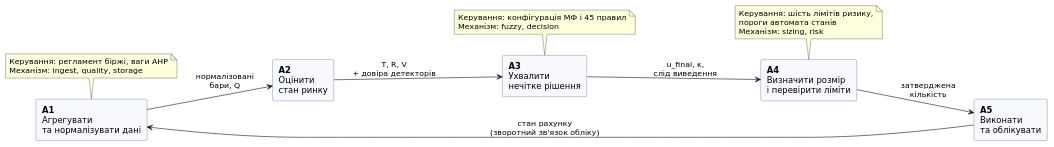
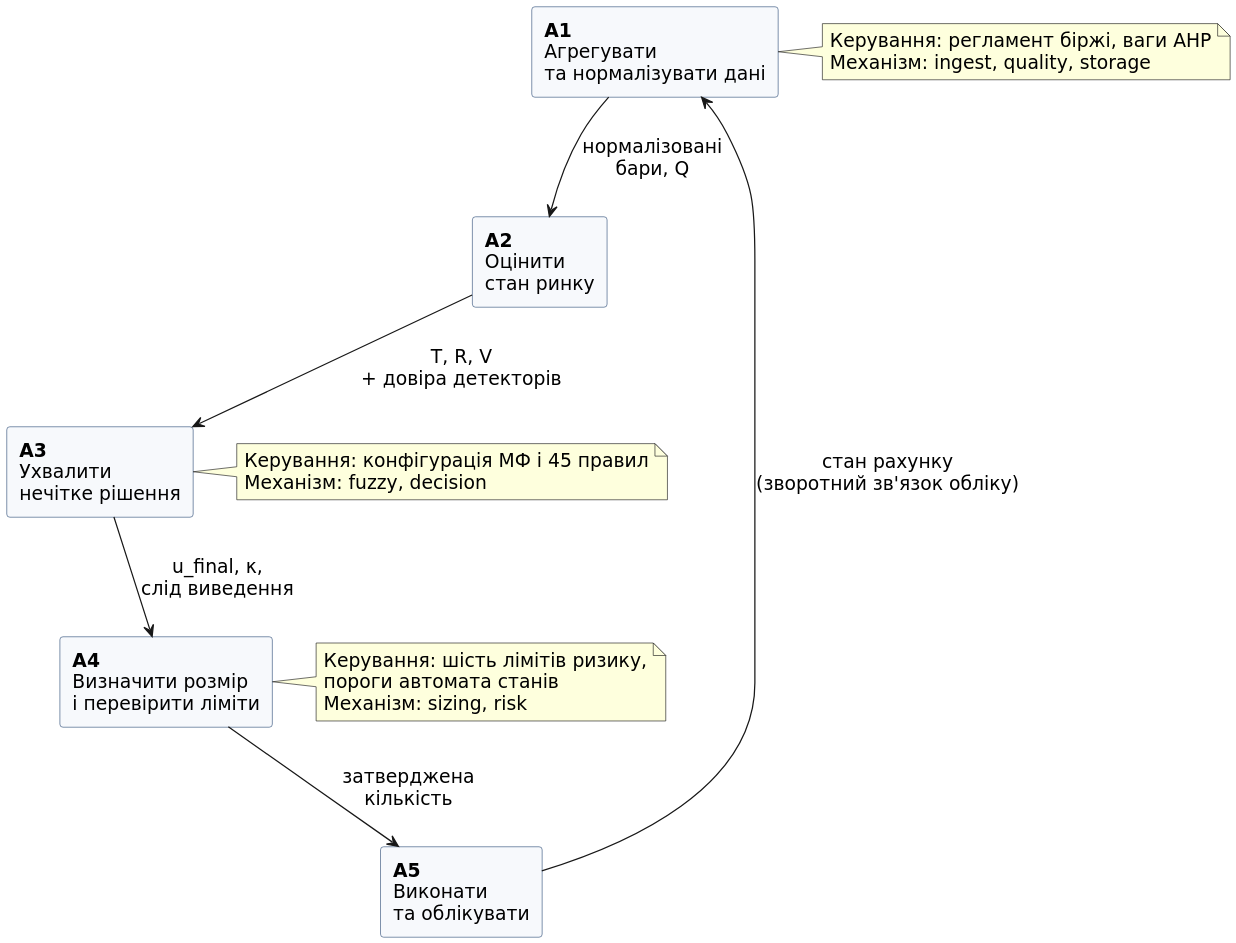
One commit to AndrZhuk/FuzzHelm changed the diagram in docs/diagrams/idef0/a0_decomposition.puml. Above: the diagram before and after it, drawn with PlantUML. The commit also changed 15 other files, not shown here.

First line of the commit message:
Diagrams: re-lay out for print (legible on a portrait A4 page)

```diff
--- a/docs/diagrams/idef0/a0_decomposition.puml
+++ b/docs/diagrams/idef0/a0_decomposition.puml
@@ -1,38 +1,40 @@
 @startuml
 ' IDEF0, декомпозиція A0 на п'ять функцій.
 ' Найменування: docs/diagrams/idef0/a0_decomposition.puml
 ' Призначення: показати, що потік даних односпрямований і кожна функція має власне
 '     керування; відповідає межам пакетів src/fuzzhelm. Звіт §2.3.
 ' Автор: Андрій Жук, 2026.
-left to right direction
+top to bottom direction
+skinparam dpi 200
 skinparam defaultFontName "DejaVu Sans"
+skinparam defaultFontSize 15
 skinparam rectangle {
   BackgroundColor #F7F9FC
   BorderColor #33507A
 }
 rectangle "**A1**\nАгрегувати\nта нормалізувати дані" as A1
 rectangle "**A2**\nОцінити\nстан ринку" as A2
 rectangle "**A3**\nУхвалити\nнечітке рішення" as A3
 rectangle "**A4**\nВизначити розмір\nі перевірити ліміти" as A4
 rectangle "**A5**\nВиконати\nта облікувати" as A5
 
 A1 --> A2 : нормалізовані\nбари, Q
 A2 --> A3 : T, R, V\n+ довіра детекторів
 A3 --> A4 : u_final, κ,\nслід виведення
 A4 --> A5 : затверджена\nкількість
 A5 --> A1 : стан рахунку\n(зворотний зв'язок обліку)
 
-note top of A1
+note right of A1
   Керування: регламент біржі, ваги AHP
   Механізм: ingest, quality, storage
 end note
-note top of A3
+note right of A3
   Керування: конфігурація МФ і 45 правил
   Механізм: fuzzy, decision
 end note
-note top of A4
+note right of A4
   Керування: шість лімітів ризику,
   пороги автомата станів
   Механізм: sizing, risk
 end note
 @enduml
```
